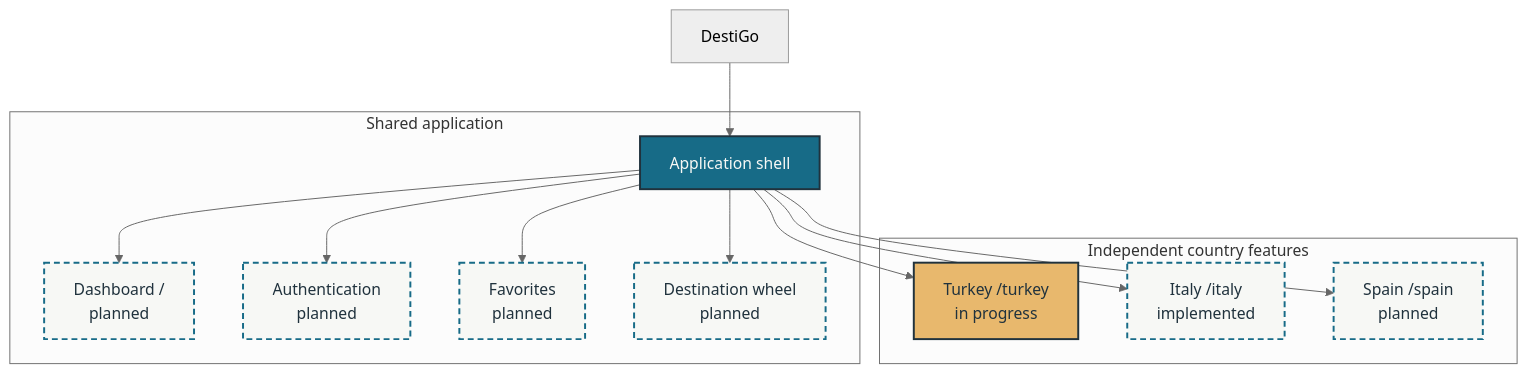
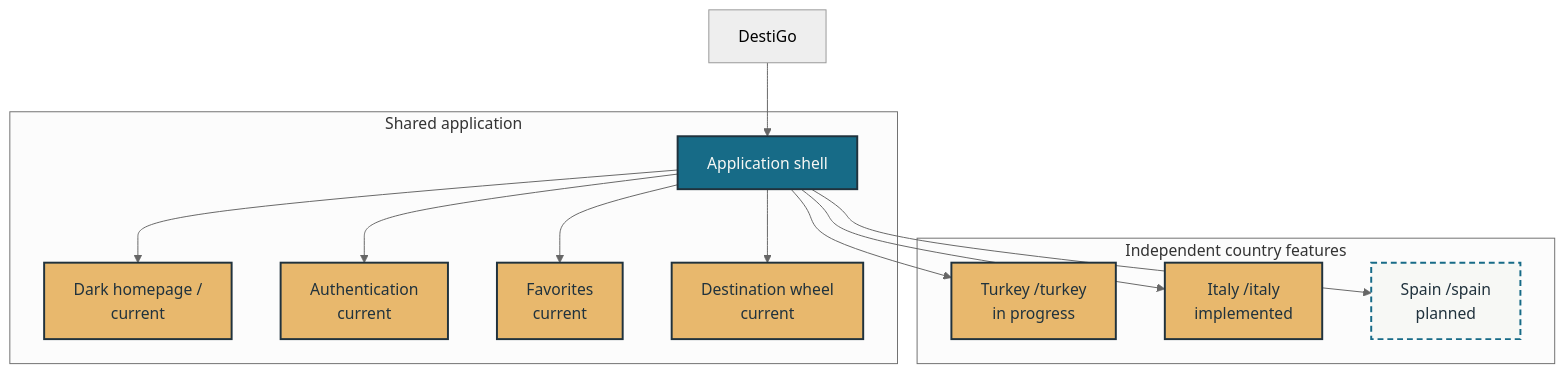
The first of 2 diagrams in README.md (ons-sup/DestiGO), drawn with Mermaid (neutral theme) before and after one commit. The commit also changed other lines of this file and 51 other files, not shown here.

````diff
--- a/README.md
+++ b/README.md
@@ -59,33 +62,33 @@
 ```mermaid
 flowchart TB
   subgraph Shared["Shared application"]
     Shell["Application shell"]
-    Dash["Dashboard /<br/>planned"]
-    Auth["Authentication<br/>planned"]
-    Fav["Favorites<br/>planned"]
-    Wheel["Destination wheel<br/>planned"]
+    Dash["Dark homepage /<br/>current"]
+    Auth["Authentication<br/>current"]
+    Fav["Favorites<br/>current"]
+    Wheel["Destination wheel<br/>current"]
   end
 
   subgraph Portals["Independent country features"]
     TR["Turkey /turkey<br/>in progress"]
     IT["Italy /italy<br/>implemented"]
     ES["Spain /spain<br/>planned"]
   end
 
   DG["DestiGo"] --> Shell
   Shell --> Dash
   Shell --> Auth
   Shell --> Fav
   Shell --> Wheel
   Shell --> TR
   Shell --> IT
   Shell --> ES
 
   classDef shared fill:#176B87,color:#F7F8F5,stroke:#20323D,stroke-width:2px;
   classDef country fill:#E8B86D,color:#20323D,stroke:#20323D,stroke-width:2px;
   classDef planned fill:#F7F8F5,color:#20323D,stroke:#176B87,stroke-width:2px,stroke-dasharray:6 4;
   class Shell shared;
   class TR,IT country;
-  class Dash,Auth,Fav,Wheel,IT planned;
+  class Dash,Auth,Fav,Wheel,IT country;
   class ES planned;
 ```
````
